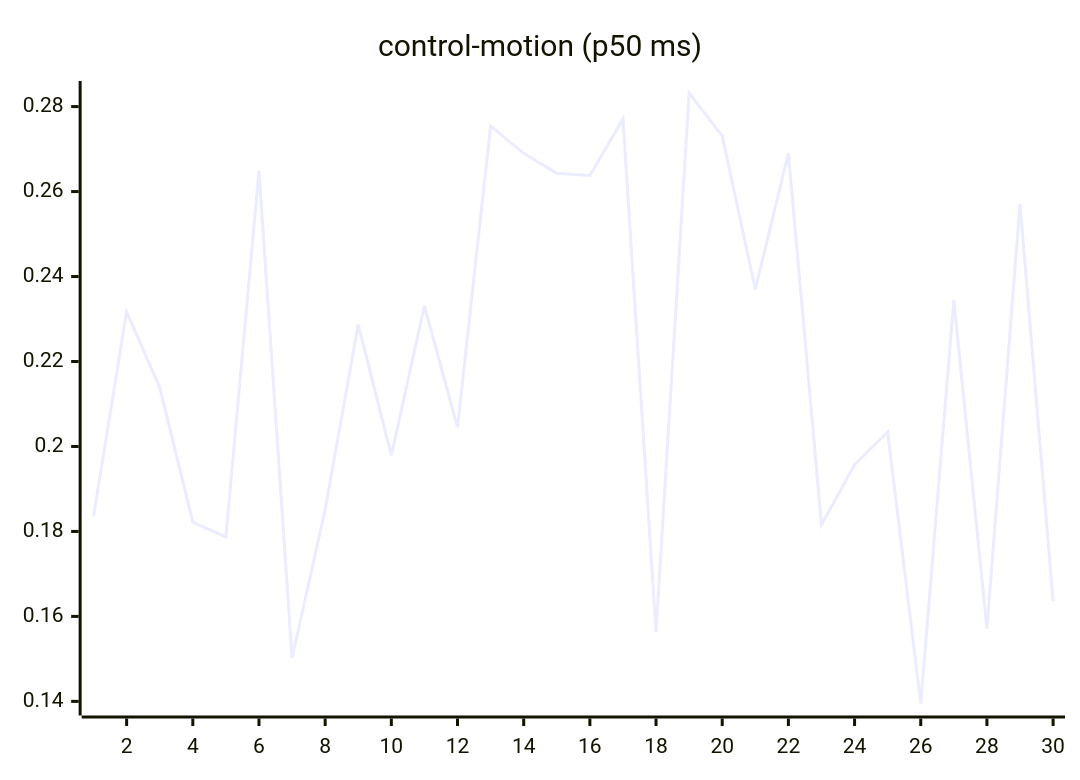
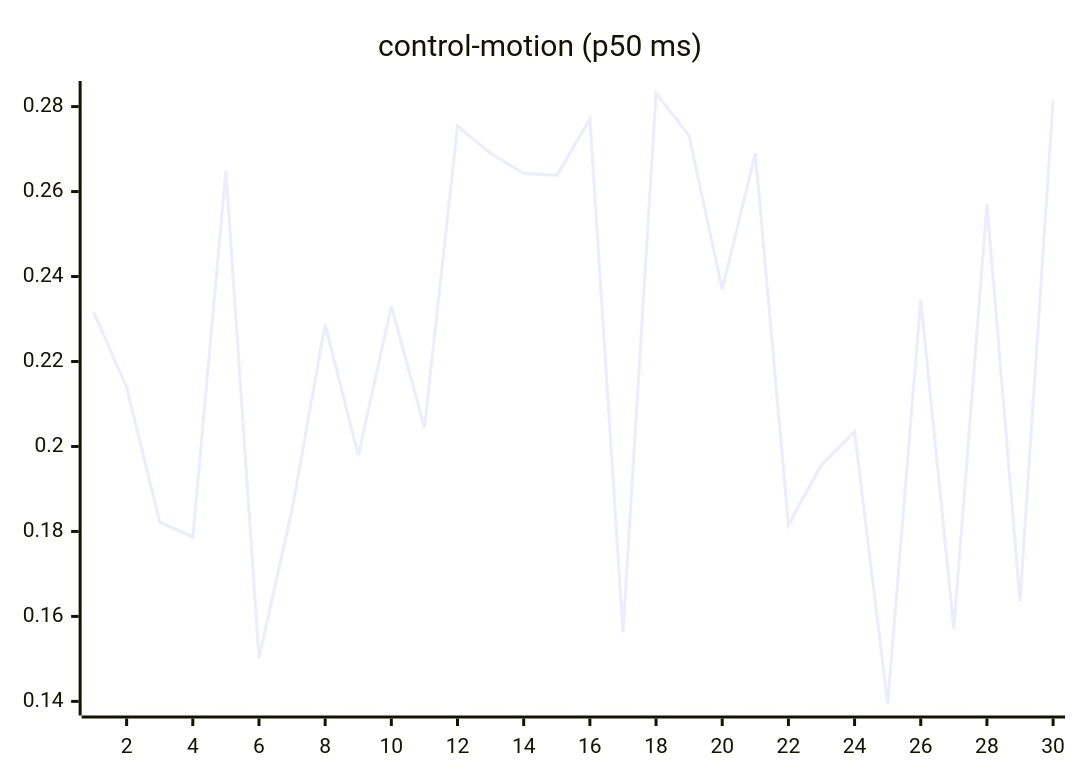
The seventh of 27 diagrams in README.md (josha/Facet), drawn with Mermaid before and after one commit. The commit also changed other lines of this file and 2 other files, not shown here.

````diff
--- a/README.md
+++ b/README.md
@@ -105,6 +105,6 @@
 ```mermaid
 xychart-beta
     title "control-motion (p50 ms)"
     x-axis 1 --> 30
-    line [0.1836, 0.2317, 0.2139, 0.1822, 0.1787, 0.2649, 0.1502, 0.1852, 0.2287, 0.1979, 0.2331, 0.2045, 0.2754, 0.2690, 0.2643, 0.2638, 0.2771, 0.1563, 0.2832, 0.2731, 0.2370, 0.2690, 0.1816, 0.1957, 0.2034, 0.1395, 0.2345, 0.1571, 0.2571, 0.1636]
+    line [0.2317, 0.2139, 0.1822, 0.1787, 0.2649, 0.1502, 0.1852, 0.2287, 0.1979, 0.2331, 0.2045, 0.2754, 0.2690, 0.2643, 0.2638, 0.2771, 0.1563, 0.2832, 0.2731, 0.2370, 0.2690, 0.1816, 0.1957, 0.2034, 0.1395, 0.2345, 0.1571, 0.2571, 0.1636, 0.2815]
 ```
````
